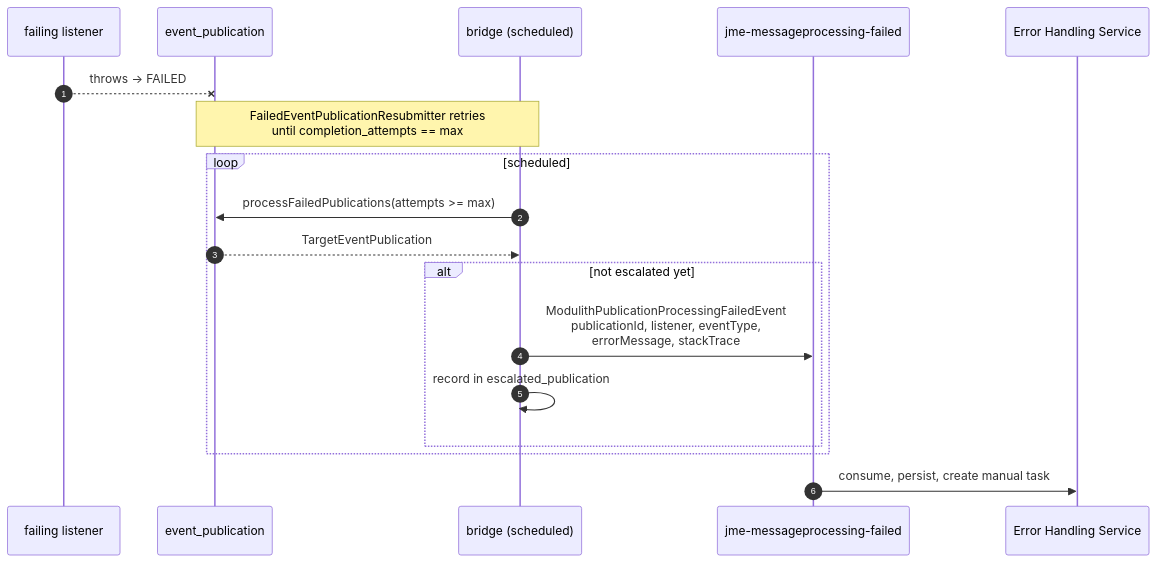
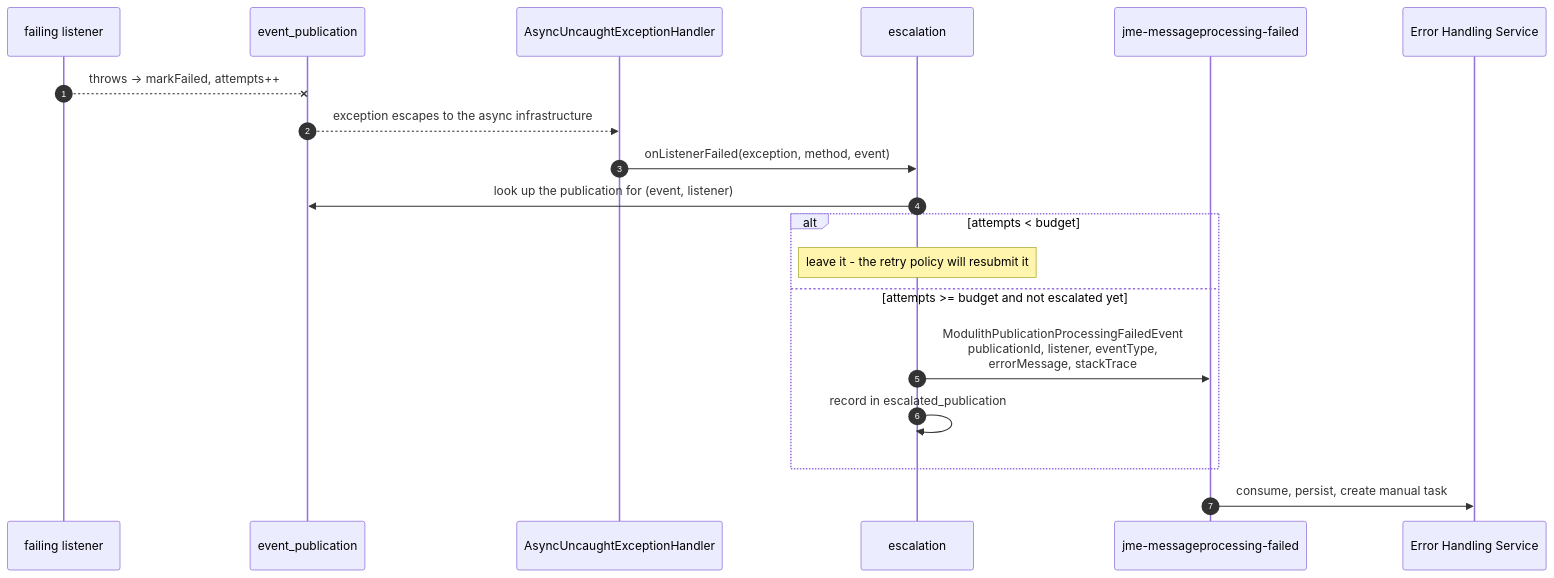
Before and after one commit to jme-admin-ch/jme-spring-modulith-example: the second of 4 diagrams in docs/async-event-error-handling-design.md, drawn with Mermaid. The commit also changed other lines of this file and 2 other files, not shown here.

First line of the commit message:
Explain the proactive failure hook in the async event design

````diff
--- a/docs/async-event-error-handling-design.md
+++ b/docs/async-event-error-handling-design.md
@@ -269,22 +345,22 @@
 ```mermaid
 sequenceDiagram
     autonumber
     participant SHI as failing listener
     participant REG as event_publication
-    participant BR as bridge (scheduled)
+    participant AH as AsyncUncaughtExceptionHandler
+    participant BR as escalation
     participant ET as jme-messageprocessing-failed
     participant EHS as Error Handling Service
 
-    SHI--xREG: throws → FAILED
-    Note over REG,BR: FailedEventPublicationResubmitter retries<br/>until completion_attempts == max
-
-    loop scheduled
-        BR->>REG: processFailedPublications(attempts >= max)
-        REG-->>BR: TargetEventPublication
-        alt not escalated yet
-            BR->>ET: ModulithPublicationProcessingFailedEvent<br/>publicationId, listener, eventType,<br/>errorMessage, stackTrace
-            BR->>BR: record in escalated_publication
-        end
+    SHI--xREG: throws → markFailed, attempts++
+    REG-->>AH: exception escapes to the async infrastructure
+    AH->>BR: onListenerFailed(exception, method, event)
+    BR->>REG: look up the publication for (event, listener)
+    alt attempts < budget
+        Note over BR: leave it - the retry policy will resubmit it
+    else attempts >= budget and not escalated yet
+        BR->>ET: ModulithPublicationProcessingFailedEvent<br/>publicationId, listener, eventType,<br/>errorMessage, stackTrace
+        BR->>BR: record in escalated_publication
     end
     ET->>EHS: consume, persist, create manual task
 ```
````
